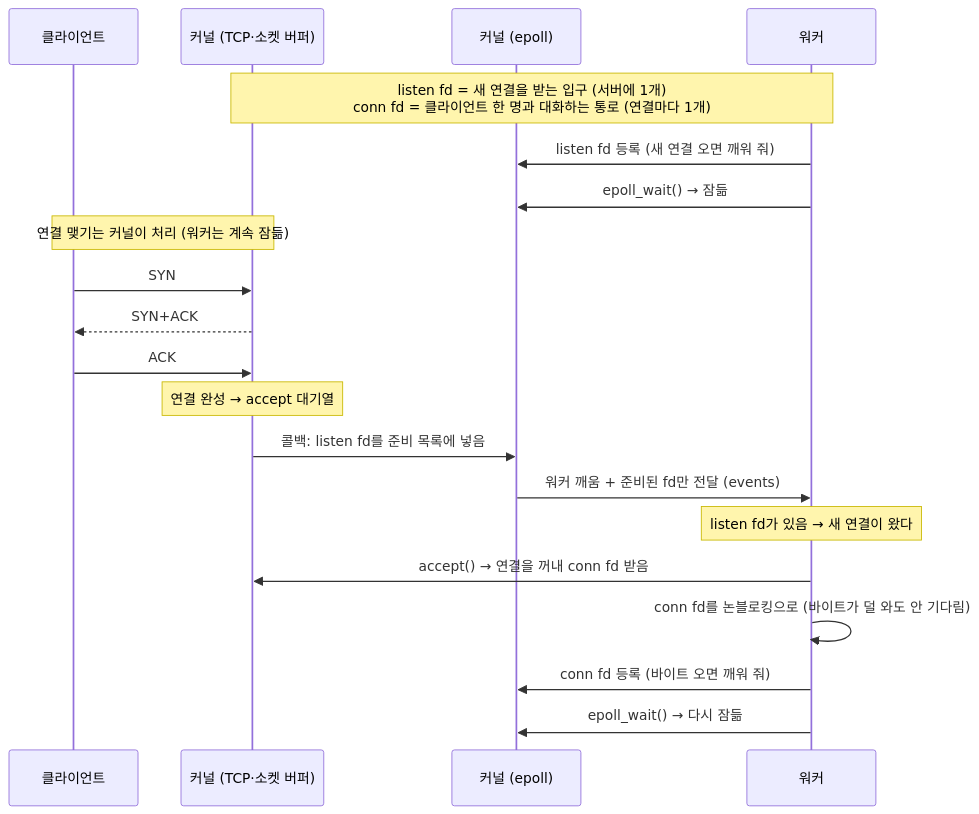
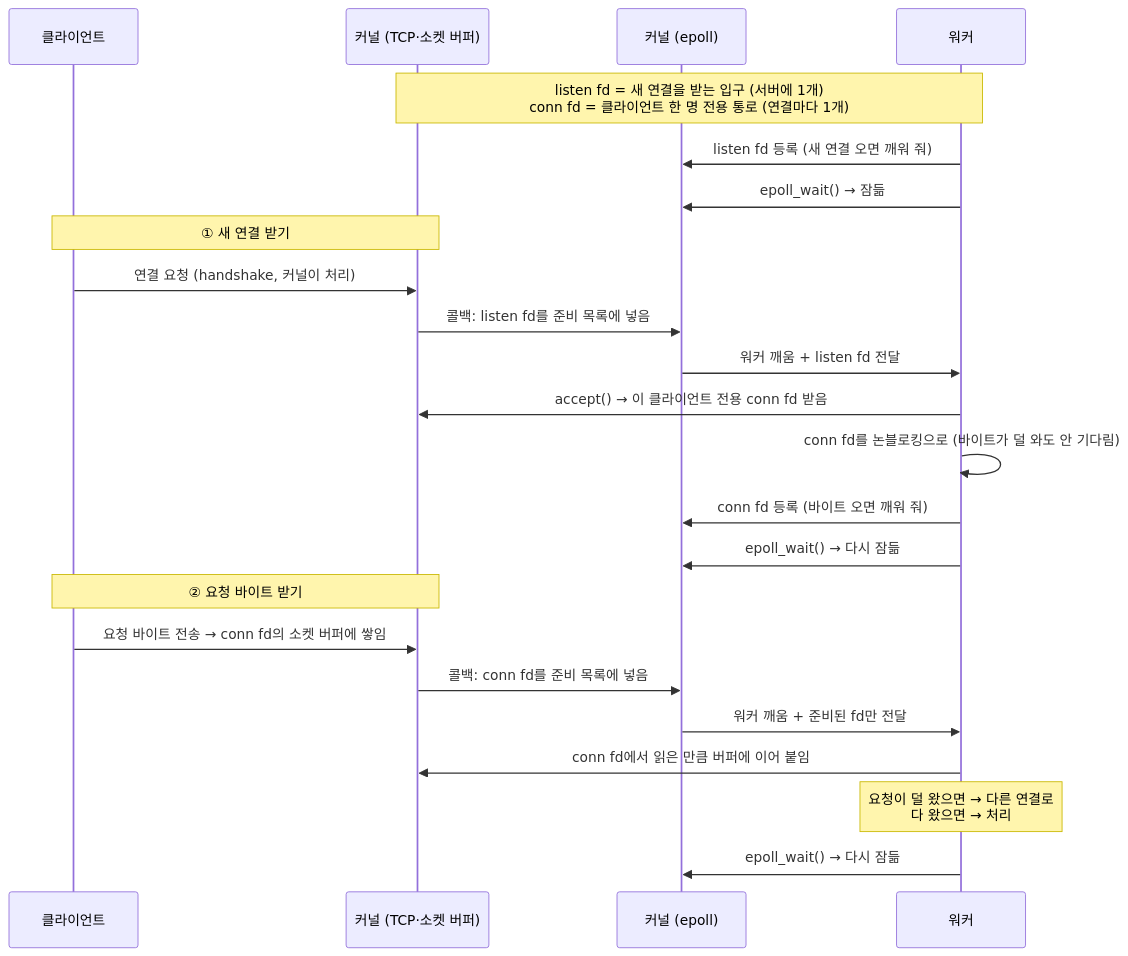
One commit to choimoohun/SW-AI-W13-Web-Server changed the first of 2 diagrams in README.md. Above: the diagram before and after it, drawn with Mermaid.

Commit message:
Clarify connection handling and worker wake-up notes
Updated notes for connection handling and worker wake-up process in README.md.

````diff
--- a/README.md
+++ b/README.md
@@ -43,28 +43,30 @@
 ```mermaid
 %%{init: {'themeVariables': {'noteBkgColor': '#fff5ad', 'noteTextColor': '#000000', 'noteBorderColor': '#c9b800'}}}%%
 sequenceDiagram
     participant C as 클라이언트
     participant K as 커널 (TCP·소켓 버퍼)
     participant E as 커널 (epoll)
     participant W as 워커
 
-    Note over K,W: listen fd = 새 연결을 받는 입구 (서버에 1개)<br/>conn fd = 클라이언트 한 명과 대화하는 통로 (연결마다 1개)
+    Note over K,W: listen fd = 새 연결을 받는 입구 (서버에 1개)<br/>conn fd = 클라이언트 한 명 전용 통로 (연결마다 1개)
 
     W->>E: listen fd 등록 (새 연결 오면 깨워 줘)
     W->>E: epoll_wait() → 잠듦
 
-    Note over C,K: 연결 맺기는 커널이 처리 (워커는 계속 잠듦)
-    C->>K: SYN
-    K-->>C: SYN+ACK
-    C->>K: ACK
-    Note over K: 연결 완성 → accept 대기열
-
+    Note over C,K: ① 새 연결 받기
+    C->>K: 연결 요청 (handshake, 커널이 처리)
     K->>E: 콜백: listen fd를 준비 목록에 넣음
-    E->>W: 워커 깨움 + 준비된 fd만 전달 (events)
-    Note over W: listen fd가 있음 → 새 연결이 왔다
-
-    W->>K: accept() → 연결을 꺼내 conn fd 받음
+    E->>W: 워커 깨움 + listen fd 전달
+    W->>K: accept() → 이 클라이언트 전용 conn fd 받음
     W->>W: conn fd를 논블로킹으로 (바이트가 덜 와도 안 기다림)
     W->>E: conn fd 등록 (바이트 오면 깨워 줘)
     W->>E: epoll_wait() → 다시 잠듦
+
+    Note over C,K: ② 요청 바이트 받기
+    C->>K: 요청 바이트 전송 → conn fd의 소켓 버퍼에 쌓임
+    K->>E: 콜백: conn fd를 준비 목록에 넣음
+    E->>W: 워커 깨움 + 준비된 fd만 전달
+    W->>K: conn fd에서 읽은 만큼 버퍼에 이어 붙임
+    Note over W: 요청이 덜 왔으면 → 다른 연결로<br/>다 왔으면 → 처리
+    W->>E: epoll_wait() → 다시 잠듦
 ```
````
